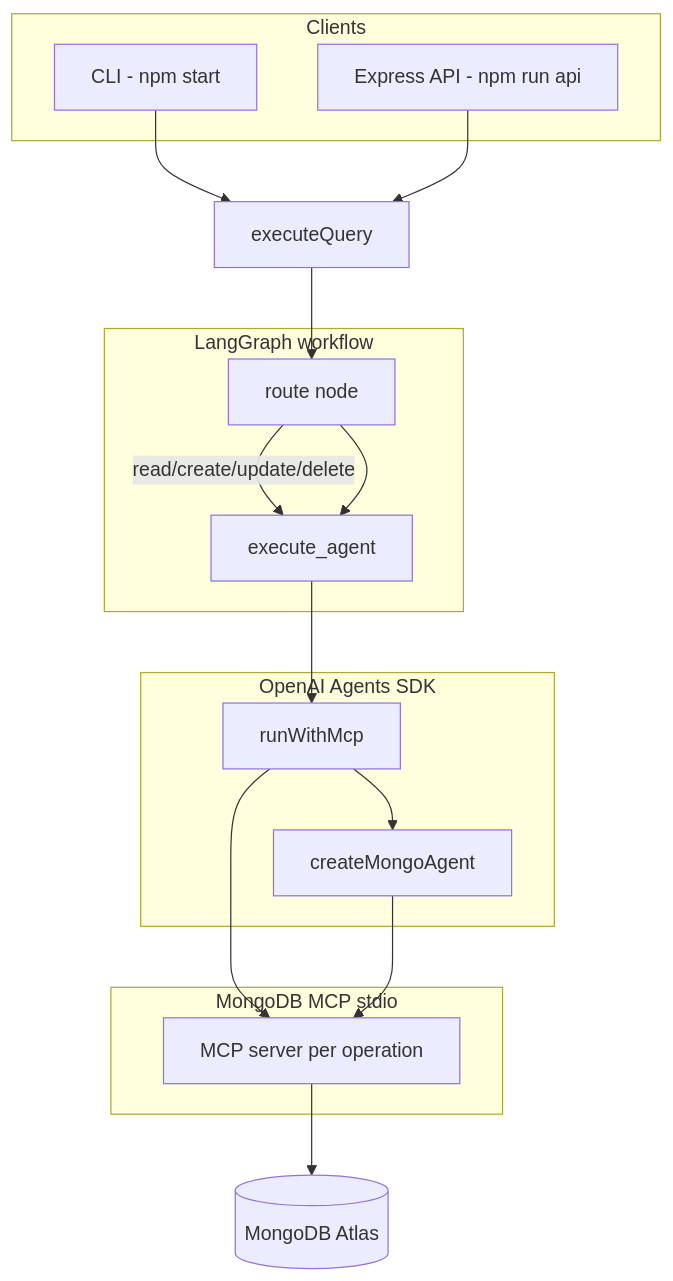
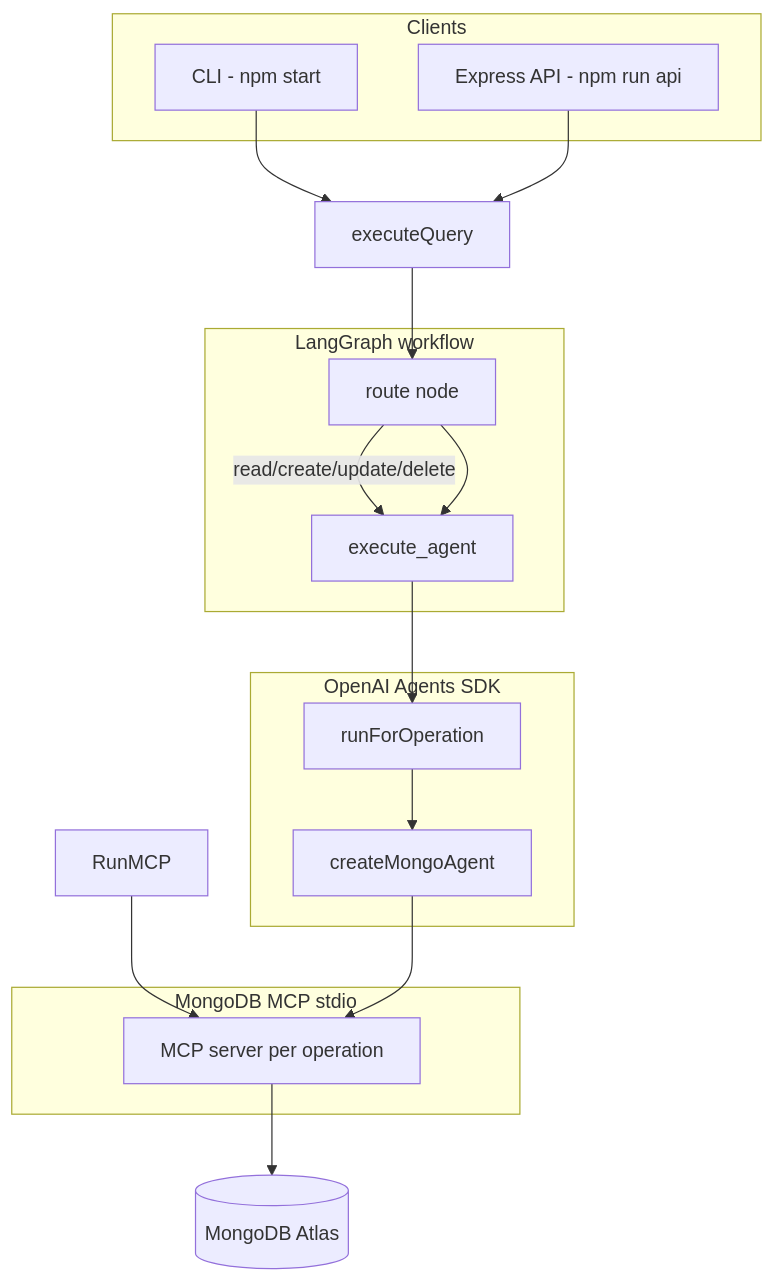
Before and after one commit to tansenkhan1990/MCP_TYEPSCRIPT_MONGODB_LANGGRAPH_OPENAI_AGENT: the first of 2 diagrams in README.md, drawn with Mermaid. The commit also changed other lines of this file and 25 other files, not shown here.

````diff
--- a/README.md
+++ b/README.md
@@ -65,34 +65,34 @@
 ```mermaid
 flowchart TB
   subgraph clients [Clients]
     CLI[CLI - npm start]
     API[Express API - npm run api]
   end
 
   subgraph workflow [LangGraph workflow]
     Route[route node]
     Exec[execute_agent]
     Route -->|read/create/update/delete| Exec
   end
 
   subgraph agents [OpenAI Agents SDK]
     Factory[createMongoAgent]
-    RunMCP[runWithMcp]
+    Dispatch[runForOperation]
   end
 
   subgraph mcp [MongoDB MCP stdio]
     MCP[MCP server per operation]
   end
 
   Atlas[(MongoDB Atlas)]
 
   CLI --> executeQuery
   API --> executeQuery
   executeQuery --> Route
   Route --> Exec
-  Exec --> RunMCP
-  RunMCP --> Factory
+  Exec --> Dispatch
+  Dispatch --> Factory
   RunMCP --> MCP
   Factory --> MCP
   MCP --> Atlas
 ```
````
